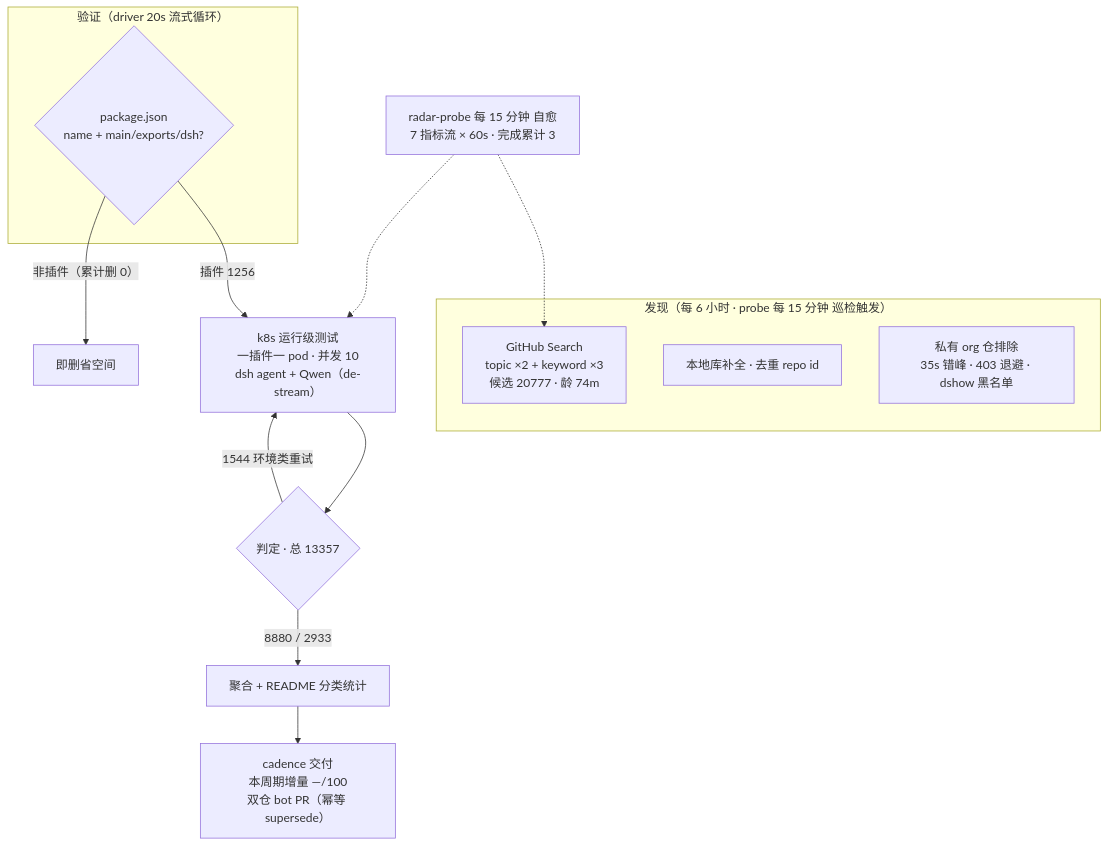
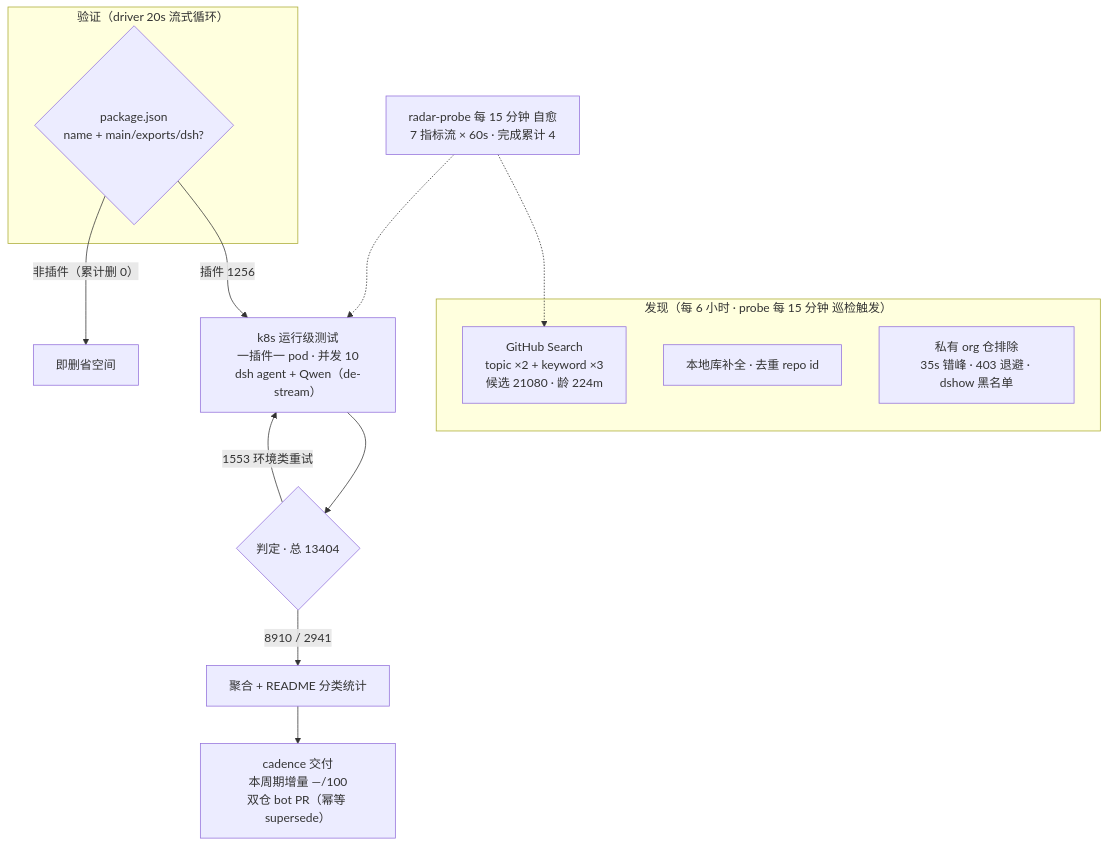
The diagram in README.md (1420079678-ctrl/dsh-plugin-radar), drawn with Mermaid before and after one commit. The commit also changed other lines of this file and 18 other files, not shown here.

````diff
--- a/README.md
+++ b/README.md
@@ -52,20 +52,20 @@
 ```mermaid
 flowchart TB
     subgraph Discovery["发现（每 6 小时 · probe 每 15 分钟 巡检触发）"]
-        A1["GitHub Search<br/>topic ×2 + keyword ×3<br/>候选 20777 · 龄 74m"]
+        A1["GitHub Search<br/>topic ×2 + keyword ×3<br/>候选 21080 · 龄 224m"]
         A2["本地库补全 · 去重 repo id"]
         A3["私有 org 仓排除<br/>35s 错峰 · 403 退避 · dshow 黑名单"]
     end
     subgraph Validation["验证（driver 20s 流式循环）"]
         B1{"package.json<br/>name + main/exports/dsh?"}
     end
     B1 -->|"插件 1256"| C1["k8s 运行级测试<br/>一插件一 pod · 并发 10<br/>dsh agent + Qwen（de-stream）"]
     B1 -->|"非插件（累计删 0）"| B3["即删省空间"]
-    C1 --> D1{"判定 · 总 13357"}
-    D1 -->|"8880 / 2933"| E1["聚合 + README 分类统计"]
-    D1 -->|"1544 环境类重试"| C1
+    C1 --> D1{"判定 · 总 13404"}
+    D1 -->|"8910 / 2941"| E1["聚合 + README 分类统计"]
+    D1 -->|"1553 环境类重试"| C1
     E1 --> E2["cadence 交付<br/>本周期增量 —/100<br/>双仓 bot PR（幂等 supersede）"]
-    M["radar-probe 每 15 分钟 自愈<br/>7 指标流 × 60s · 完成累计 3"]
+    M["radar-probe 每 15 分钟 自愈<br/>7 指标流 × 60s · 完成累计 4"]
     M -.-> A1
     M -.-> C1
 ```
````
